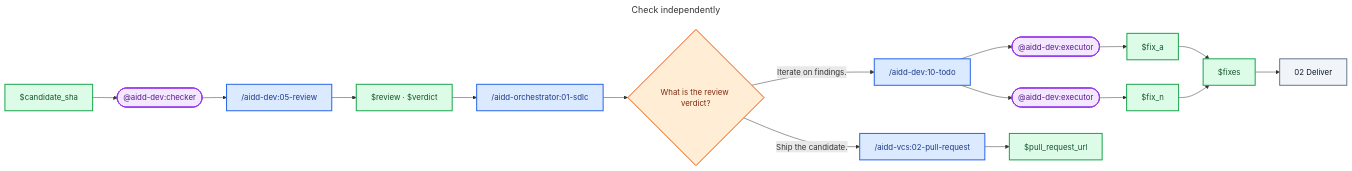
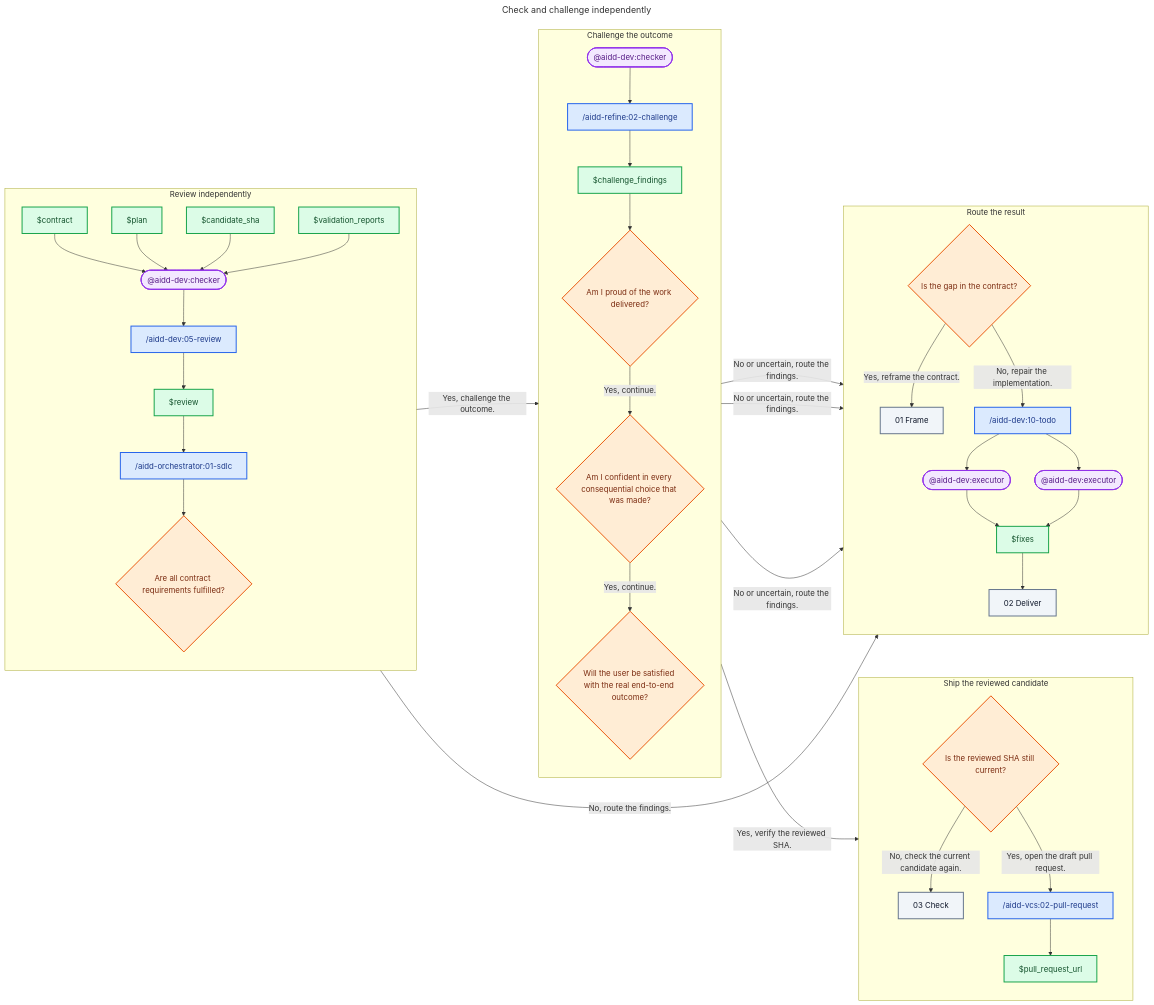
The diagram in plugins/aidd-orchestrator/skills/01-sdlc/references/03-check.md (ai-driven-dev/aidd-framework), drawn with Mermaid before and after one commit. The commit also changed other lines of this file and 8 other files, not shown here.

First line of the commit message:
refactor(orchestrator): make SDLC autonomous

````diff
--- a/plugins/aidd-orchestrator/skills/01-sdlc/references/03-check.md
+++ b/plugins/aidd-orchestrator/skills/01-sdlc/references/03-check.md
@@ -5,38 +5,78 @@
 ```mermaid
 ---
-title: Check independently
+title: Check and challenge independently
 ---
 flowchart LR
-  CandidateSha["$candidate_sha"]
-  Checker(["@aidd-dev:checker"])
-  Review["/aidd-dev:05-review"]
-  ReviewArtifact["$review · $verdict"]
-  Sdlc["/aidd-orchestrator:01-sdlc"]
-  Verdict{"What is the review verdict?"}
-  Todo["/aidd-dev:10-todo"]
-  ExecutorFirst(["@aidd-dev:executor"])
-  ExecutorLast(["@aidd-dev:executor"])
-  FixFirst["$fix_a"]
-  FixLast["$fix_n"]
-  Fixes["$fixes"]
-  Deliver["02 Deliver"]
-  PullRequest["/aidd-vcs:02-pull-request"]
-  PullRequestUrl["$pull_request_url"]
+  subgraph ReviewStage["Review independently"]
+    direction TB
+    Contract["$contract"]
+    Plan["$plan"]
+    CandidateSha["$candidate_sha"]
+    ValidationReports["$validation_reports"]
+    ReviewChecker(["@aidd-dev:checker"])
+    Review["/aidd-dev:05-review"]
+    ReviewArtifact["$review"]
+    Sdlc["/aidd-orchestrator:01-sdlc"]
+    ReviewVerdict{"Are all contract requirements fulfilled?"}
+  end
 
-  CandidateSha --> Checker
-  Checker --> Review
+  subgraph ChallengeStage["Challenge the outcome"]
+    direction TB
+    ConfidenceChecker(["@aidd-dev:checker"])
+    Challenge["/aidd-refine:02-challenge"]
+    ChallengeFindings["$challenge_findings"]
+    Proud{"Am I proud of the work delivered?"}
+    Confident{"Am I confident in every consequential choice that was made?"}
+    Satisfied{"Will the user be satisfied with the real end-to-end outcome?"}
+  end
+
+  subgraph RouteStage["Route the result"]
+    direction TB
+    ContractGap{"Is the gap in the contract?"}
+    Frame["01 Frame"]
+    Todo["/aidd-dev:10-todo"]
+    ExecutorFirst(["@aidd-dev:executor"])
+    ExecutorLast(["@aidd-dev:executor"])
+    Fixes["$fixes"]
+    Deliver["02 Deliver"]
+  end
+
+  subgraph ShipStage["Ship the reviewed candidate"]
+    direction TB
+    CurrentSha{"Is the reviewed SHA still current?"}
+    Check["03 Check"]
+    PullRequest["/aidd-vcs:02-pull-request"]
+    PullRequestUrl["$pull_request_url"]
+  end
+
+  Contract --> ReviewChecker
+  Plan --> ReviewChecker
+  CandidateSha --> ReviewChecker
+  ValidationReports --> ReviewChecker
+  ReviewChecker --> Review
   Review --> ReviewArtifact
   ReviewArtifact --> Sdlc
-  Sdlc --> Verdict
-  Verdict -- "Iterate on findings." --> Todo
+  Sdlc --> ReviewVerdict
+  ReviewVerdict -- "No, route the findings." --> ContractGap
+  ReviewVerdict -- "Yes, challenge the outcome." --> ConfidenceChecker
+  ConfidenceChecker --> Challenge
+  Challenge --> ChallengeFindings
+  ChallengeFindings --> Proud
+  Proud -- "Yes, continue." --> Confident
+  Confident -- "Yes, continue." --> Satisfied
+  Proud -- "No or uncertain, route the findings." --> ContractGap
+  Confident -- "No or uncertain, route the findings." --> ContractGap
+  Satisfied -- "No or uncertain, route the findings." --> ContractGap
+  ContractGap -- "Yes, reframe the contract." --> Frame
+  ContractGap -- "No, repair the implementation." --> Todo
   Todo --> ExecutorFirst
   Todo --> ExecutorLast
-  ExecutorFirst --> FixFirst
-  ExecutorLast --> FixLast
-  FixFirst --> Fixes
-  FixLast --> Fixes
+  ExecutorFirst --> Fixes
+  ExecutorLast --> Fixes
   Fixes --> Deliver
-  Verdict -- "Ship the candidate." --> PullRequest
+  Satisfied -- "Yes, verify the reviewed SHA." --> CurrentSha
+  CurrentSha -- "No, check the current candidate again." --> Check
+  CurrentSha -- "Yes, open the draft pull request." --> PullRequest
   PullRequest --> PullRequestUrl
 
   classDef skill fill:#DBEAFE,stroke:#2563EB,color:#1E3A8A,stroke-width:2px
@@ -45,9 +85,9 @@
   classDef decision fill:#FFEDD5,stroke:#EA580C,color:#7C2D12,stroke-width:2px
   classDef zone fill:#F1F5F9,stroke:#64748B,color:#0F172A,stroke-width:2px
 
-  class Review,Sdlc,Todo,PullRequest skill
-  class Checker,ExecutorFirst,ExecutorLast agent
-  class CandidateSha,ReviewArtifact,FixFirst,FixLast,Fixes,PullRequestUrl artifact
-  class Verdict decision
-  class Deliver zone
+  class Review,Sdlc,Challenge,Todo,PullRequest skill
+  class ReviewChecker,ConfidenceChecker,ExecutorFirst,ExecutorLast agent
+  class Contract,Plan,CandidateSha,ValidationReports,ReviewArtifact,ChallengeFindings,Fixes,PullRequestUrl artifact
+  class ReviewVerdict,Proud,Confident,Satisfied,ContractGap,CurrentSha decision
+  class Frame,Deliver,Check zone
 ```
````
